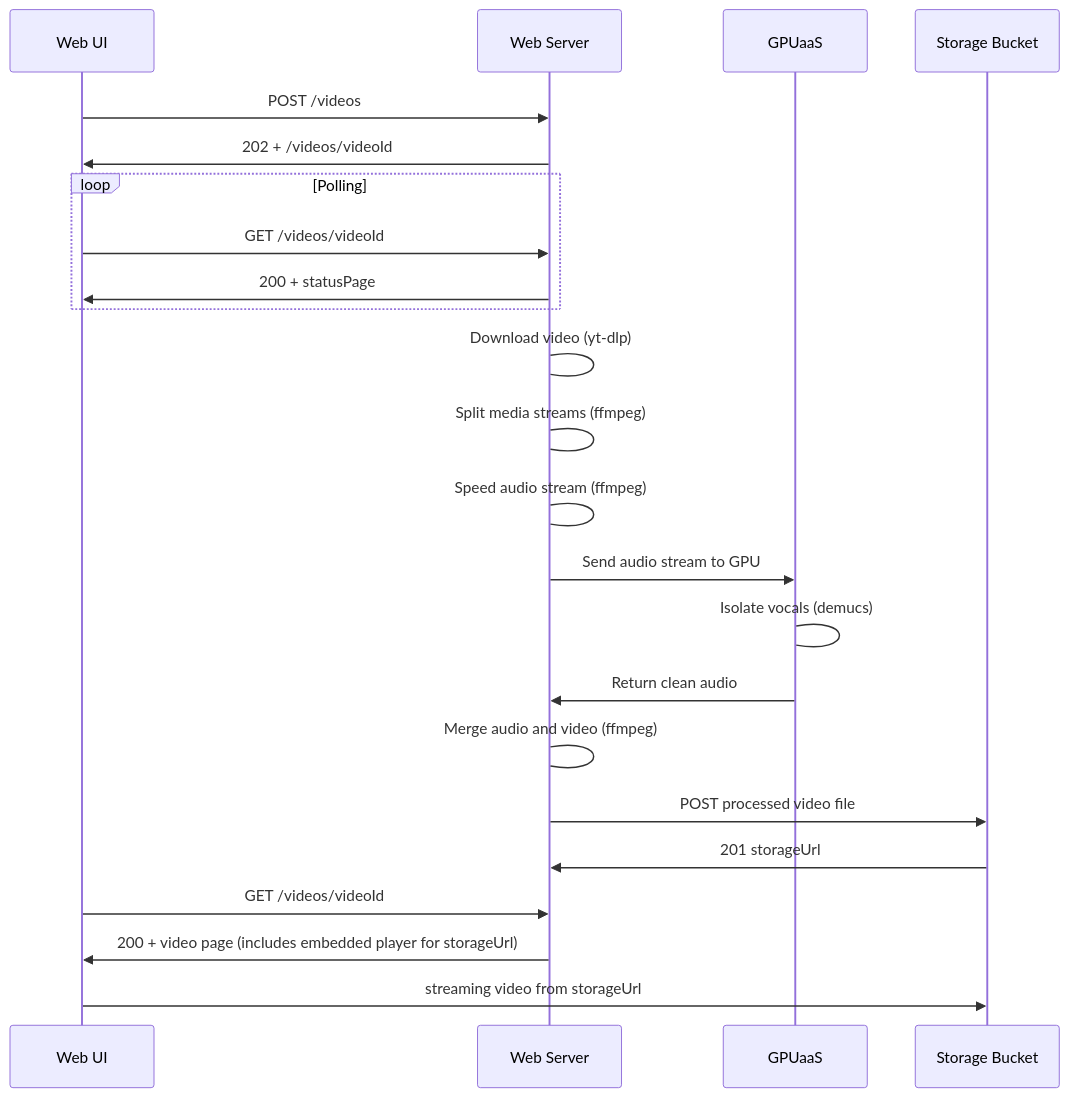
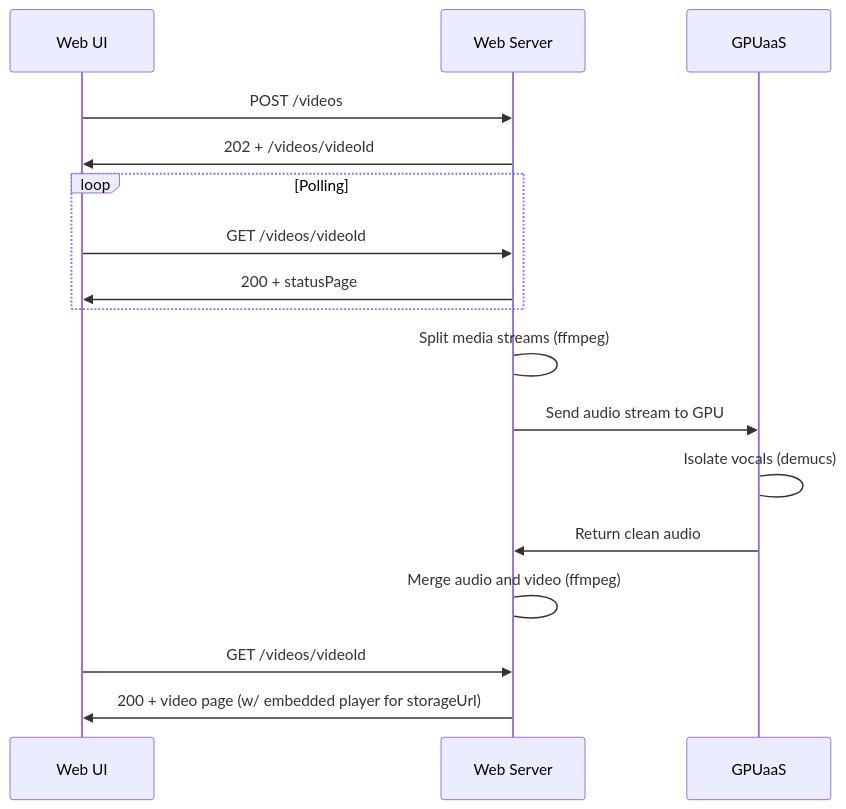
One commit to bilalbox/demusifier changed the diagram in README.md. Above: the diagram before and after it, drawn with Mermaid.

Commit message:
fix seq diagram

````diff
--- a/README.md
+++ b/README.md
@@ -70,25 +70,19 @@
 ```mermaid
 sequenceDiagram
         participant ui as Web UI
         participant ws as Web Server
         participant gpu as GPUaaS
-        participant s3 as Storage Bucket
         ui->>ws: POST /videos
         ws->>ui: 202 + /videos/videoId
         loop Polling
         ui->>ws: GET /videos/videoId
         ws->>ui: 200 + statusPage
         end
-        ws->ws: Download video (yt-dlp)
         ws->ws: Split media streams (ffmpeg)
-        ws->ws: Speed audio stream (ffmpeg)
         ws->>gpu: Send audio stream to GPU
         gpu->gpu: Isolate vocals (demucs)
         gpu->>ws: Return clean audio
         ws->ws: Merge audio and video (ffmpeg)
-        ws->>s3: POST processed video file
-        s3->>ws: 201 storageUrl
         ui->>ws: GET /videos/videoId
-        ws->>ui: 200 + video page (includes embedded player for storageUrl)
-        ui->>s3: streaming video from storageUrl
+        ws->>ui: 200 + video page (w/ embedded player for storageUrl)
 ```
````
